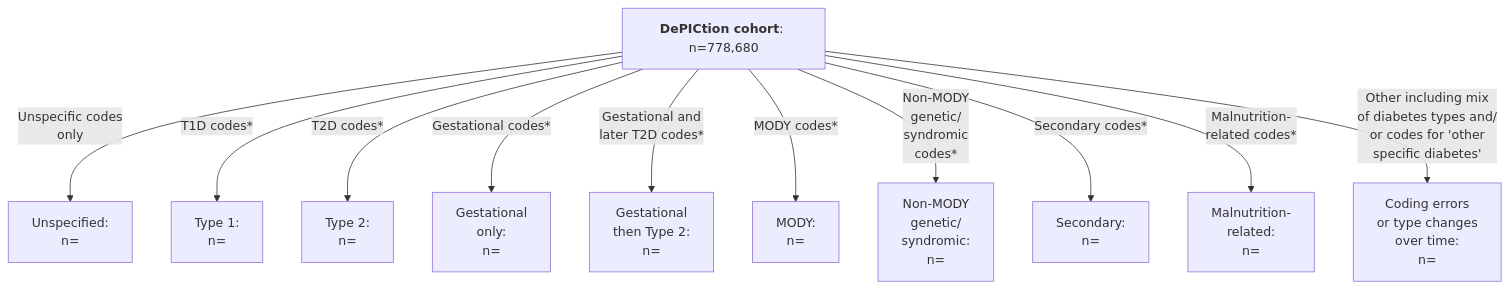
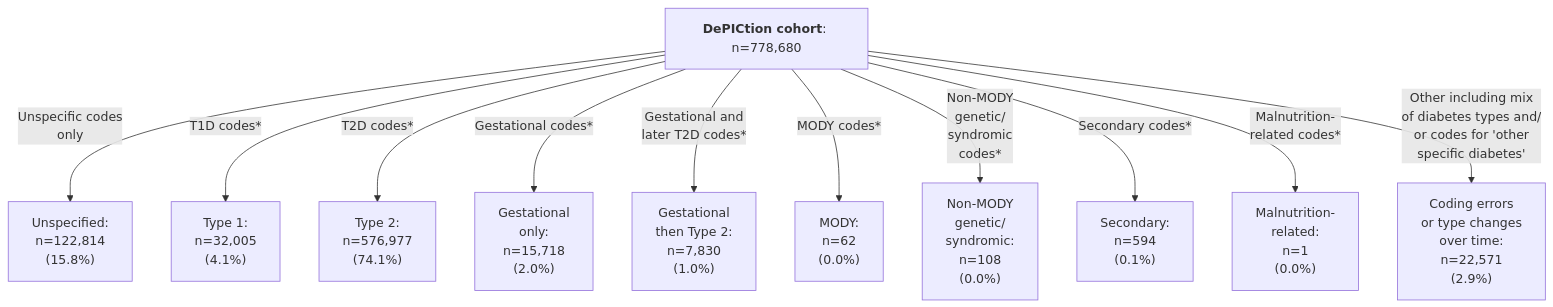
One commit to Exeter-Diabetes/CPRD-Katie-DePICtion-Scripts changed the second of 2 diagrams in README.md. Above: the diagram before and after it, drawn with Mermaid.

````diff
--- a/README.md
+++ b/README.md
@@ -55,13 +55,13 @@
 ```mermaid
 graph TD;
-    A["<b>DePICtion cohort</b>: n=778,680"] --> |"Unspecific codes <br>only"| B["Unspecified: <br>n="]
-    A --> |"T1D codes*"| C["Type 1: <br>n="]
-    A --> |"T2D codes*"| D["Type 2: <br>n="]
-    A --> |"Gestational codes*"| E["Gestational <br>only: <br>n="]
-    A --> |"Gestational and <br>later T2D codes*"| F["Gestational <br>then Type 2: <br>n="]
-    A --> |"MODY codes*"| G["MODY: <br>n="]
-    A --> |"Non-MODY <br>genetic/<br>syndromic <br>codes*"| H["Non-MODY <br>genetic/<br>syndromic: <br>n="]
-    A --> |"Secondary codes*"| I["Secondary: <br>n="]
-    A --> |"Malnutrition-<br>related codes*"| J["Malnutrition-<br>related: <br>n="]
-    A --> |"Other including mix <br>of diabetes types and/<br>or codes for 'other <br>specific diabetes'"| K["Coding errors <br>or type changes<br> over time: <br>n="]
+    A["<b>DePICtion cohort</b>: n=778,680"] --> |"Unspecific codes <br>only"| B["Unspecified: <br>n=122,814 <br>(15.8%)"]
+    A --> |"T1D codes*"| C["Type 1: <br>n=32,005 <br>(4.1%)"]
+    A --> |"T2D codes*"| D["Type 2: <br>n=576,977 <br>(74.1%)"]
+    A --> |"Gestational codes*"| E["Gestational <br>only: <br>n=15,718 <br>(2.0%)"]
+    A --> |"Gestational and <br>later T2D codes*"| F["Gestational <br>then Type 2: <br>n=7,830 <br>(1.0%)"]
+    A --> |"MODY codes*"| G["MODY: <br>n=62 <br>(0.0%)"]
+    A --> |"Non-MODY <br>genetic/<br>syndromic <br>codes*"| H["Non-MODY <br>genetic/<br>syndromic: <br>n=108 <br>(0.0%)"]
+    A --> |"Secondary codes*"| I["Secondary: <br>n=594 <br>(0.1%)"]
+    A --> |"Malnutrition-<br>related codes*"| J["Malnutrition-<br>related: <br>n=1 <br>(0.0%)"]
+    A --> |"Other including mix <br>of diabetes types and/<br>or codes for 'other <br>specific diabetes'"| K["Coding errors <br>or type changes<br> over time: <br>n=22,571 <br>(2.9%)"]
 ```
````
